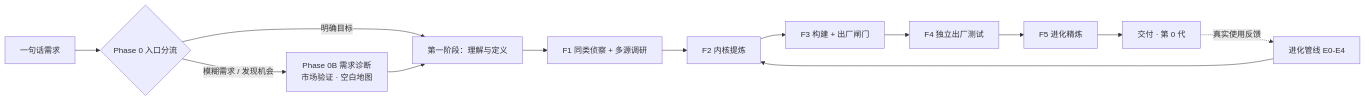
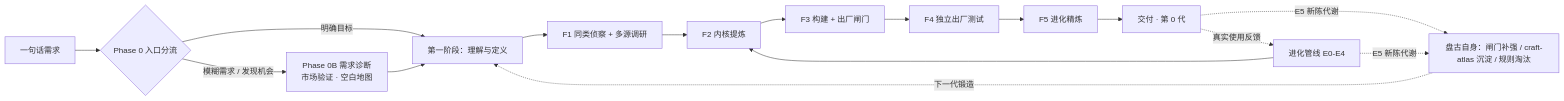
Before and after one commit to pyf2818/pangu-create: the diagram in README.md, drawn with Mermaid. The commit also changed other lines of this file and 15 other files, not shown here.

First line of the commit message:
feat: 盘古 v1.1.0 —— 领域工艺图谱、可执行出厂清单与测试提示集

````diff
--- a/README.md
+++ b/README.md
@@ -90,15 +90,17 @@
 ```mermaid
 flowchart LR
     A[一句话需求] --> B{Phase 0 入口分流}
     B -->|明确目标| C[第一阶段：理解与定义]
     B -->|模糊需求 / 发现机会| D[Phase 0B 需求诊断<br/>市场验证 · 空白地图]
     D --> C
     C --> E[F1 同类侦察 + 多源调研]
     E --> F[F2 内核提炼]
     F --> G[F3 构建 + 出厂闸门]
     G --> H[F4 独立出厂测试]
     H --> I[F5 进化精炼]
     I --> J[交付 · 第 0 代]
     J -. 真实使用反馈 .-> K[进化管线 E0-E4]
     K --> F
+    J & K -. E5 新陈代谢 .-> P[盘古自身：闸门补强 / craft-atlas 沉淀 / 规则淘汰]
+    P -. 下一代锻造 .-> C
 ```
````
